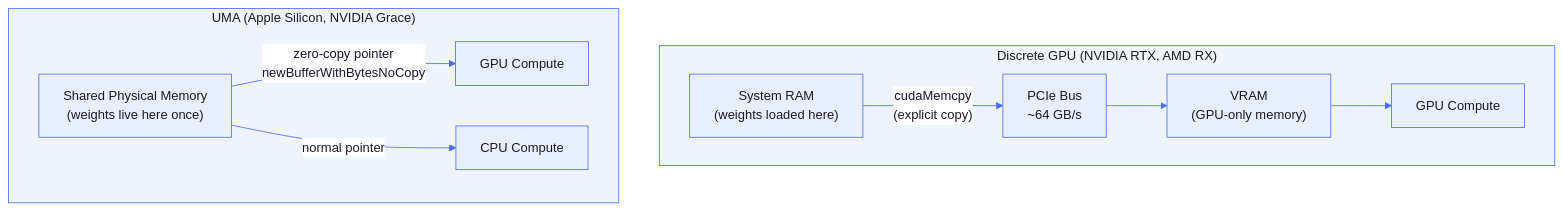
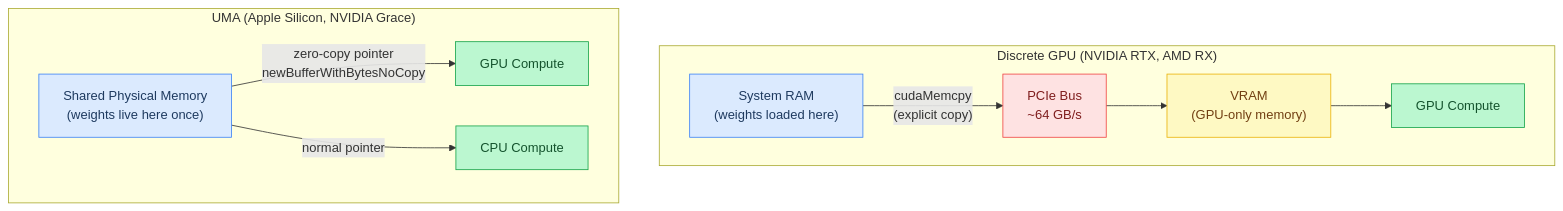
The fourth of 7 diagrams in docs/tutorial/08-backends.md (maci0/agave), drawn with Mermaid before and after one commit. The commit also changed other lines of this file and 24 other files, not shown here.

First line of the commit message:
docs: convert all mermaid diagrams to classDef semantic colors

````diff
--- a/docs/tutorial/08-backends.md
+++ b/docs/tutorial/08-backends.md
@@ -203,36 +217,29 @@
 ```mermaid
-%%{init: {'theme': 'base', 'themeVariables': {
-  'primaryColor': '#e8f0fe',
-  'primaryTextColor': '#1a1a2e',
-  'primaryBorderColor': '#4a6cf7',
-  'lineColor': '#4a6cf7',
-  'secondaryColor': '#f0f4ff',
-  'tertiaryColor': '#f8f9ff',
-  'edgeLabelBackground': '#ffffff',
-  'clusterBkg': '#f0f4ff',
-  'clusterBorder': '#4a6cf7',
-  'titleColor': '#1a1a2e',
-  'nodeTextColor': '#1a1a2e',
-  'fontFamily': 'ui-monospace, SFMono-Regular, monospace'
-}}}%%
 flowchart TD
+    classDef setup     fill:#dbeafe,stroke:#3b82f6,color:#1e3a5f
+    classDef sync      fill:#dcfce7,stroke:#22c55e,color:#14532d
+    classDef migration fill:#fef9c3,stroke:#eab308,color:#713f12
+    classDef success   fill:#bbf7d0,stroke:#16a34a,color:#14532d
+    classDef danger    fill:#fee2e2,stroke:#ef4444,color:#7f1d1d
+    classDef optional  fill:#f3e8ff,stroke:#9333ea,color:#581c87
+
     subgraph Discrete["Discrete GPU (NVIDIA RTX, AMD RX)"]
         direction LR
-        SysRAM["System RAM\n(weights loaded here)"]
-        PCIe["PCIe Bus\n~64 GB/s"]
-        VRAM["VRAM\n(GPU-only memory)"]
-        dGPU["GPU Compute"]
+        SysRAM["System RAM\n(weights loaded here)"]:::setup
+        PCIe["PCIe Bus\n~64 GB/s"]:::danger
+        VRAM["VRAM\n(GPU-only memory)"]:::migration
+        dGPU["GPU Compute"]:::success
 
         SysRAM -->|"cudaMemcpy\n(explicit copy)"| PCIe --> VRAM --> dGPU
     end
 
     subgraph UMA["UMA (Apple Silicon, NVIDIA Grace)"]
         direction LR
-        SharedMem["Shared Physical Memory\n(weights live here once)"]
-        uGPU["GPU Compute"]
-        uCPU["CPU Compute"]
+        SharedMem["Shared Physical Memory\n(weights live here once)"]:::setup
+        uGPU["GPU Compute"]:::success
+        uCPU["CPU Compute"]:::success
 
         SharedMem -->|"zero-copy pointer\nnewBufferWithBytesNoCopy"| uGPU
         SharedMem -->|"normal pointer"| uCPU
     end
 ```
````
